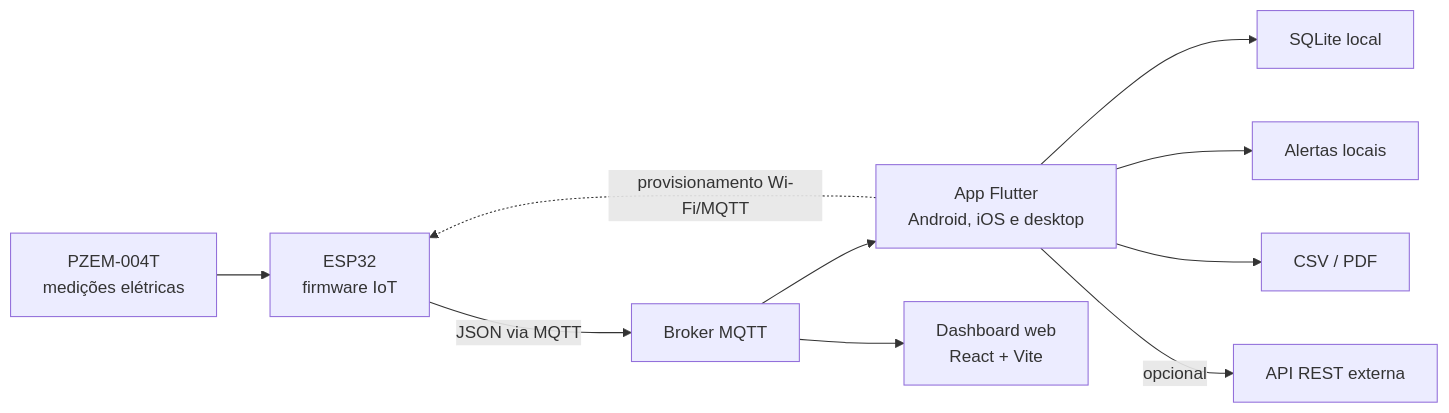
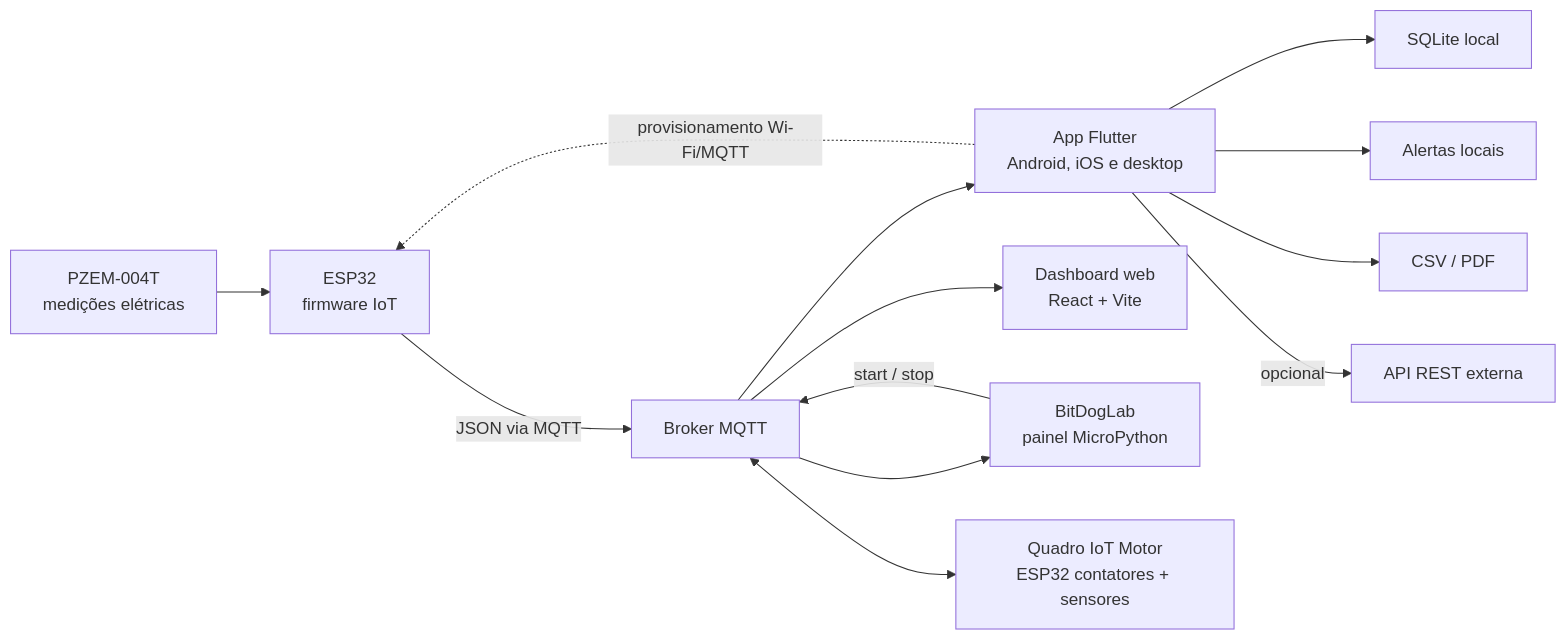
Before and after one commit to frahncky/EMetrics-IoT: the diagram in README.md, drawn with Mermaid. The commit also changed other lines of this file, not shown here.

Commit message:
docs: inclui painel BitDogLab no README principal

````diff
--- a/README.md
+++ b/README.md
@@ -82,12 +85,15 @@
 ```mermaid
 flowchart LR
     Meter["PZEM-004T<br/>medições elétricas"] --> ESP["ESP32<br/>firmware IoT"]
     ESP -->|JSON via MQTT| Broker["Broker MQTT"]
     Broker --> App["App Flutter<br/>Android, iOS e desktop"]
     Broker --> Web["Dashboard web<br/>React + Vite"]
     App --> SQLite["SQLite local"]
     App --> Alerts["Alertas locais"]
     App --> Exports["CSV / PDF"]
     App -->|opcional| API["API REST externa"]
     App -. provisionamento Wi-Fi/MQTT .-> ESP
+    Broker --> Bitdog["BitDogLab<br/>painel MicroPython"]
+    Bitdog -->|start / stop| Broker
+    Broker <--> Quadro["Quadro IoT Motor<br/>ESP32 contatores + sensores"]
 ```
````
